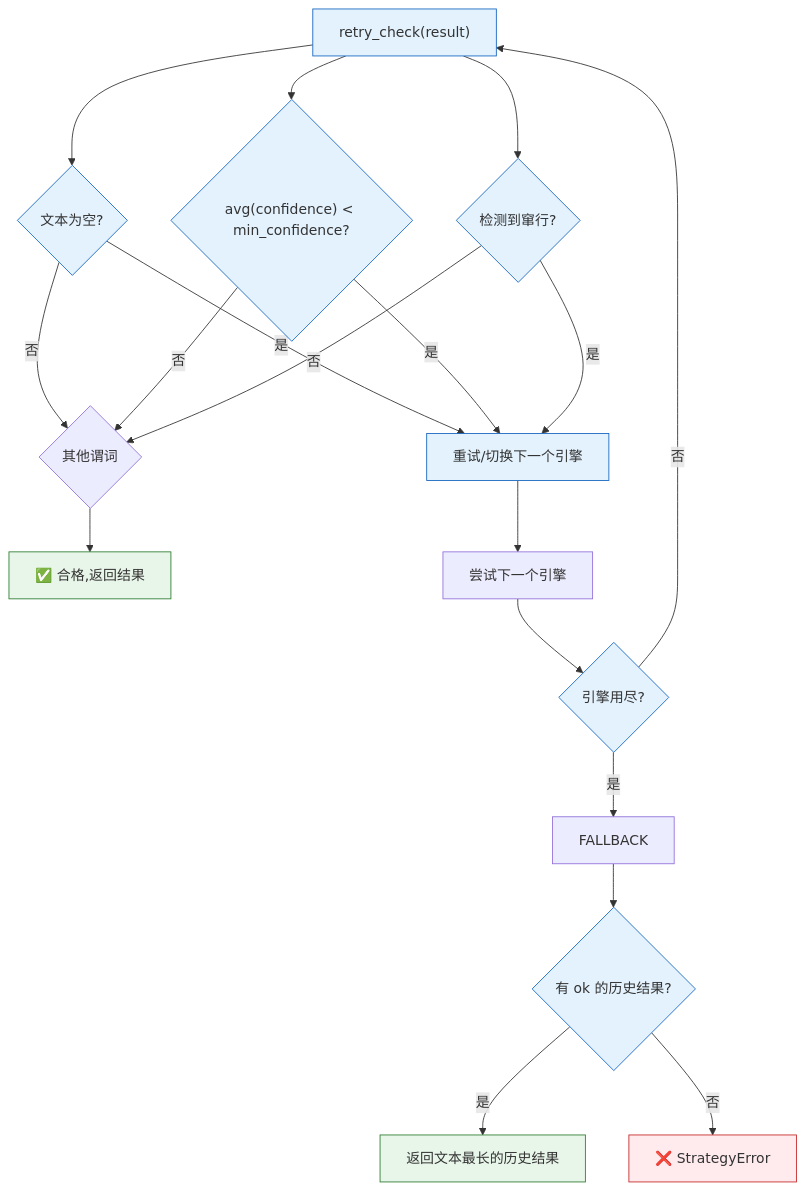
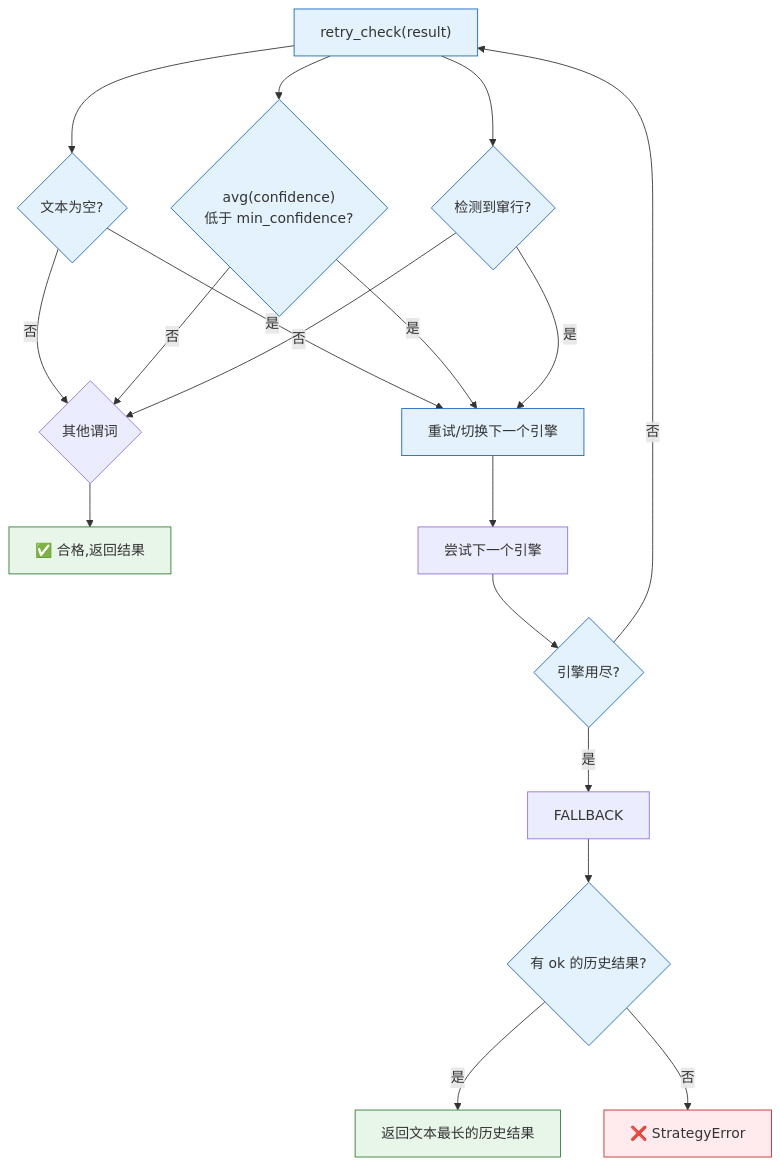
One commit to yejinlei/jykj-ocr changed diagram 15 of 15 in docs/manual.md. Above: the diagram before and after it, drawn with Mermaid.

Commit message:
fix: retry_check 流程图中 avg(confidence) < min_confidence 的裸 < 符号导致 Mermaid 10.9.0 解析语法错误

````diff
--- a/docs/manual.md
+++ b/docs/manual.md
@@ -1235,34 +1235,34 @@
 ```mermaid
 flowchart TD
     START["retry_check(result)"]
 
     START --> NO_TEXT{"文本为空?"}
     NO_TEXT -->|是| RETRY["重试/切换下一个引擎"]
 
-    START --> LOW_CONF{"avg(confidence) < min_confidence?"}
+    START --> LOW_CONF{"avg(confidence)<br/>低于 min_confidence?"}
     LOW_CONF -->|是| RETRY
 
     START --> OVERLAP{"检测到窜行?"}
     OVERLAP -->|是| RETRY
 
     NO_TEXT -->|否| PASS{"其他谓词"}
     LOW_CONF -->|否| PASS
     OVERLAP -->|否| PASS
     PASS --> OK["✅ 合格,返回结果"]
 
     RETRY --> NEXT["尝试下一个引擎"]
     NEXT --> END{"引擎用尽?"}
     END -->|否| START
     END -->|是| FALLBACK
 
     FALLBACK --> HAS_TEXT{"有 ok 的历史结果?"}
     HAS_TEXT -->|是| RETURN_LONG["返回文本最长的历史结果"]
     HAS_TEXT -->|否| ERR["❌ StrategyError"]
 
     classDef ok fill:#e8f5e9,stroke:#2e7d32
     classDef fail fill:#ffebee,stroke:#c62828
     classDef neut fill:#e3f2fd,stroke:#1565c0
     class OK,RETURN_LONG ok
     class ERR fail
     class RETRY,START,NO_TEXT,LOW_CONF,OVERLAP,END,HAS_TEXT neut
 ```
````
